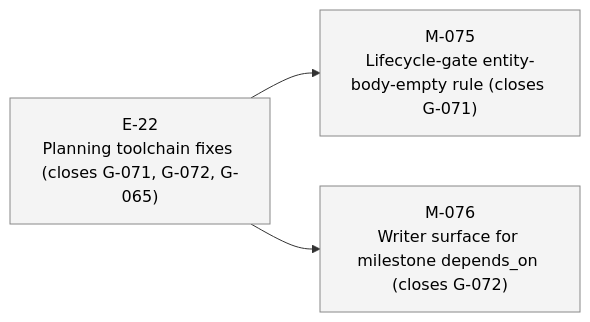
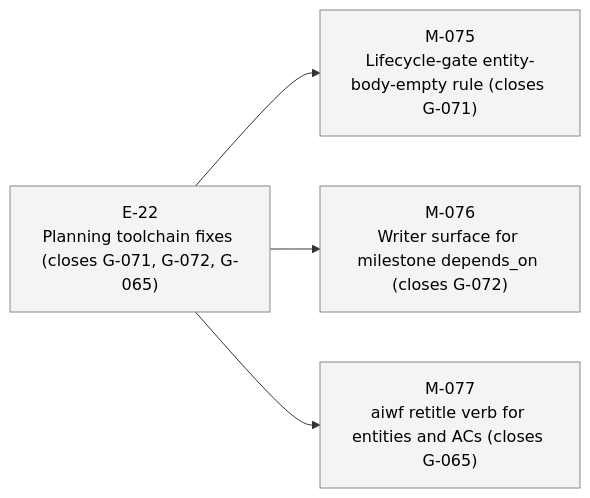
Before and after one commit to 23min/aiwf: the third of 3 diagrams in STATUS.md, drawn with Mermaid. The commit also changed other lines of this file and 1 other file, not shown here.

First line of the commit message:
aiwf add milestone M-077 "aiwf retitle verb for entities and ACs (closes G-065)"

````diff
--- a/STATUS.md
+++ b/STATUS.md
@@ -73,14 +74,16 @@
 ```mermaid
 flowchart LR
   E_22["E-22<br/>Planning toolchain fixes (closes G-071, G-072, G-065)"]:::epic_proposed
   M_075["M-075<br/>Lifecycle-gate entity-body-empty rule (closes G-071)"]:::ms_draft
   E_22 --> M_075
   M_076["M-076<br/>Writer surface for milestone depends_on (closes G-072)"]:::ms_draft
   E_22 --> M_076
+  M_077["M-077<br/>aiwf retitle verb for entities and ACs (closes G-065)"]:::ms_draft
+  E_22 --> M_077
   classDef epic_active fill:#d6eaff,stroke:#1a73e8,color:#000
   classDef epic_proposed fill:#f4f4f4,stroke:#888,color:#000
   classDef ms_done fill:#d8f5d8,stroke:#2a8a2a,color:#000
   classDef ms_in_progress fill:#fff3c4,stroke:#caa400,color:#000
   classDef ms_draft fill:#f4f4f4,stroke:#888,color:#000
   classDef ms_cancelled fill:#fbeaea,stroke:#c33,color:#000
 ```
````
